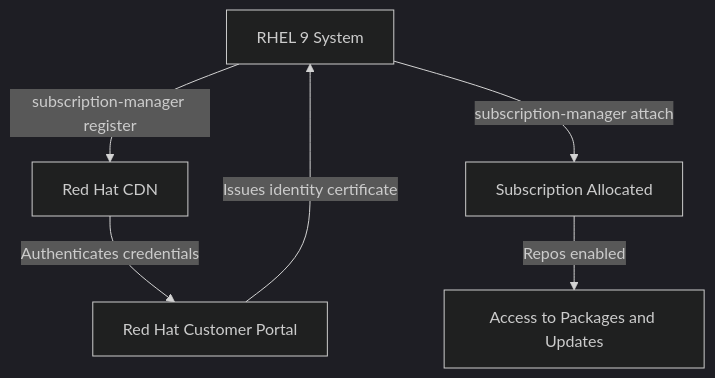
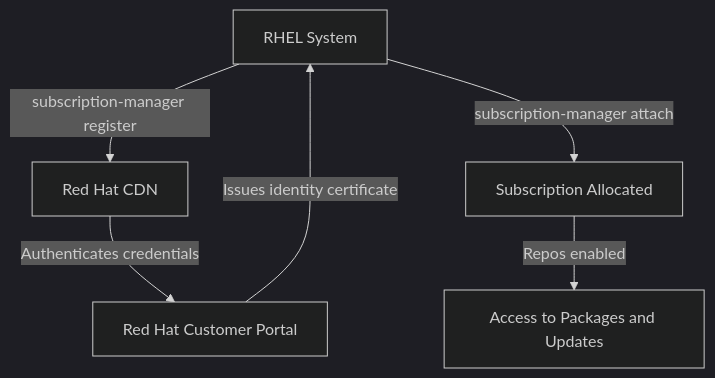
The diagram in posts/2026-03-04-register-rhel-9-customer-portal-subscription-manager/README.md (OneUptime/blog), drawn with Mermaid (dark theme) before and after one commit. The commit also changed other lines of this file and 4866 other files, not shown here.

````diff
--- a/posts/2026-03-04-register-rhel-9-customer-portal-subscription-manager/README.md
+++ b/posts/2026-03-04-register-rhel-9-customer-portal-subscription-manager/README.md
@@ -97,8 +97,8 @@
 ```mermaid
 flowchart TD
-    A[RHEL 9 System] -->|subscription-manager register| B[Red Hat CDN]
+    A[RHEL System] -->|subscription-manager register| B[Red Hat CDN]
     B -->|Authenticates credentials| C[Red Hat Customer Portal]
     C -->|Issues identity certificate| A
     A -->|subscription-manager attach| D[Subscription Allocated]
     D -->|Repos enabled| E[Access to Packages and Updates]
 ```
````
